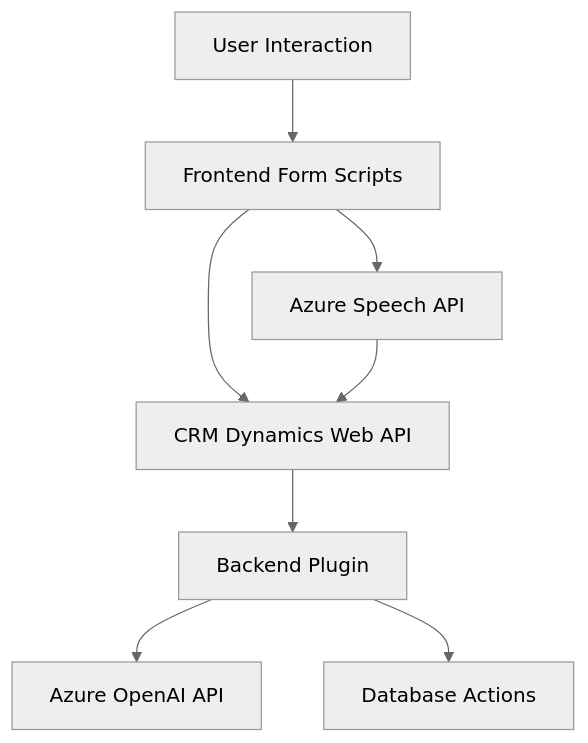
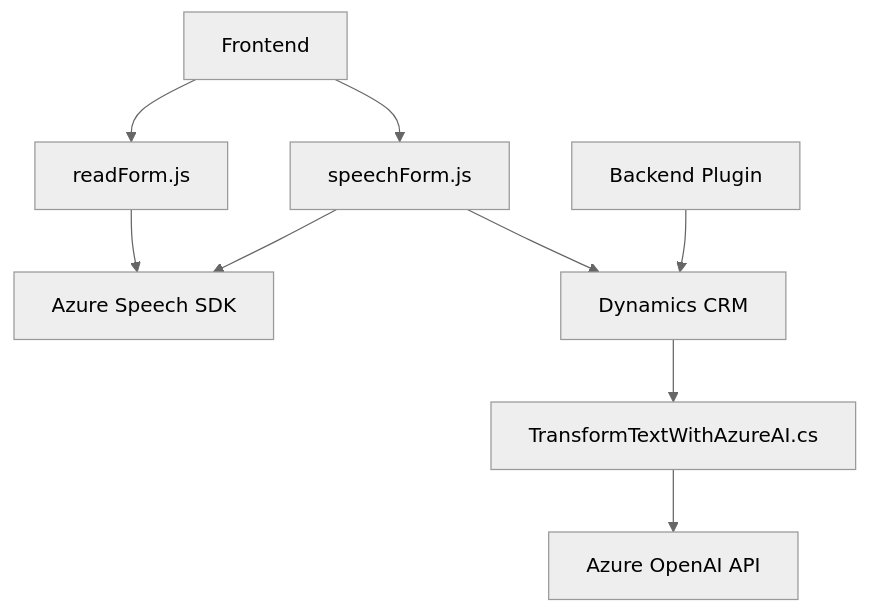
Before and after one commit to blopezdm/NETCORE_BILBAO2025: the diagram in README.md, drawn with Mermaid (neutral theme). The commit also changed other lines of this file, not shown here.

````diff
--- a/README.md
+++ b/README.md
@@ -39,10 +37,20 @@
 ```mermaid
 graph TD
-    A["User Interaction"] --> B["Frontend Form Scripts"]
-    B["Frontend Form Scripts"] --> C["Azure Speech API"]
-    B --> D["CRM Dynamics Web API"]
-    C --> D
-    D --> E["Backend Plugin"]
-    E --> F["Azure OpenAI API"]
-    E --> G["Database Actions"]
+  A["Frontend"]
+  B["readForm.js"]
+  C["speechForm.js"]
+  D["Azure Speech SDK"]
+  E["Backend Plugin"]
+  F["TransformTextWithAzureAI.cs"]
+  G["Dynamics CRM"]
+  H["Azure OpenAI API"]
+
+  A --> B
+  A --> C
+  B --> D
+  C --> D
+  C --> G
+  E --> G
+  G --> F
+  F --> H
 ```
````
